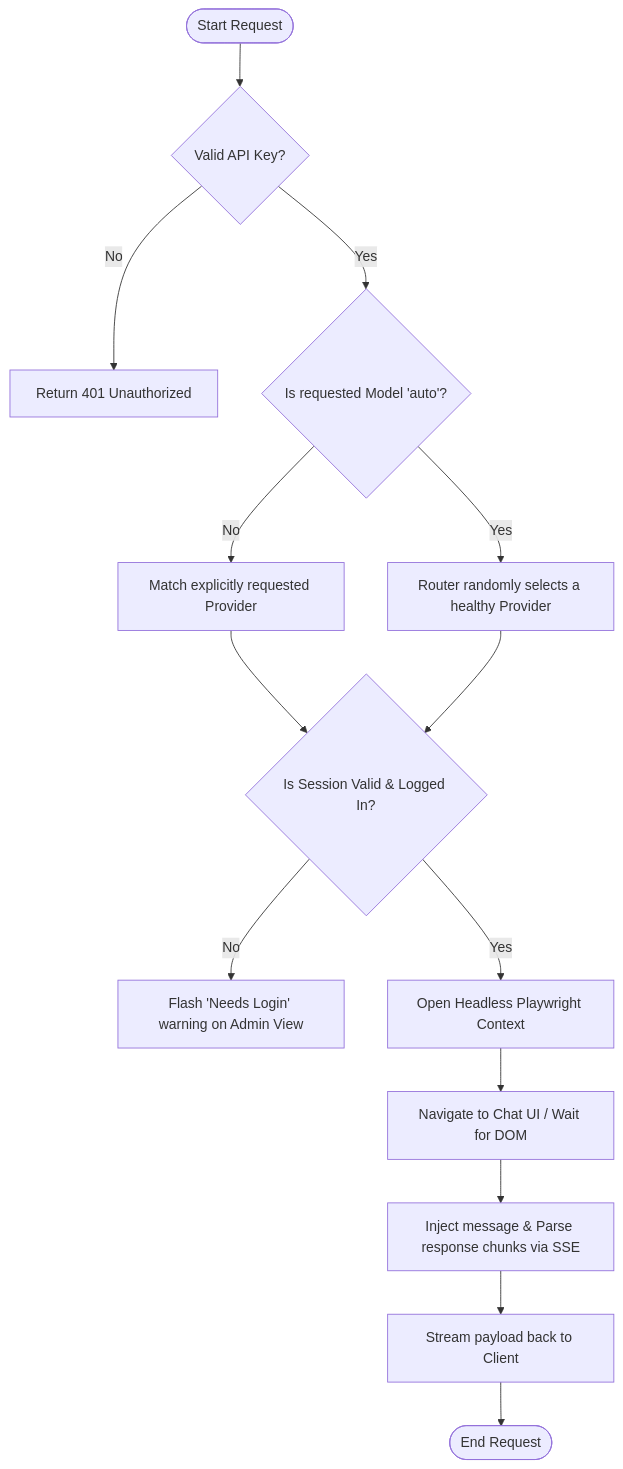
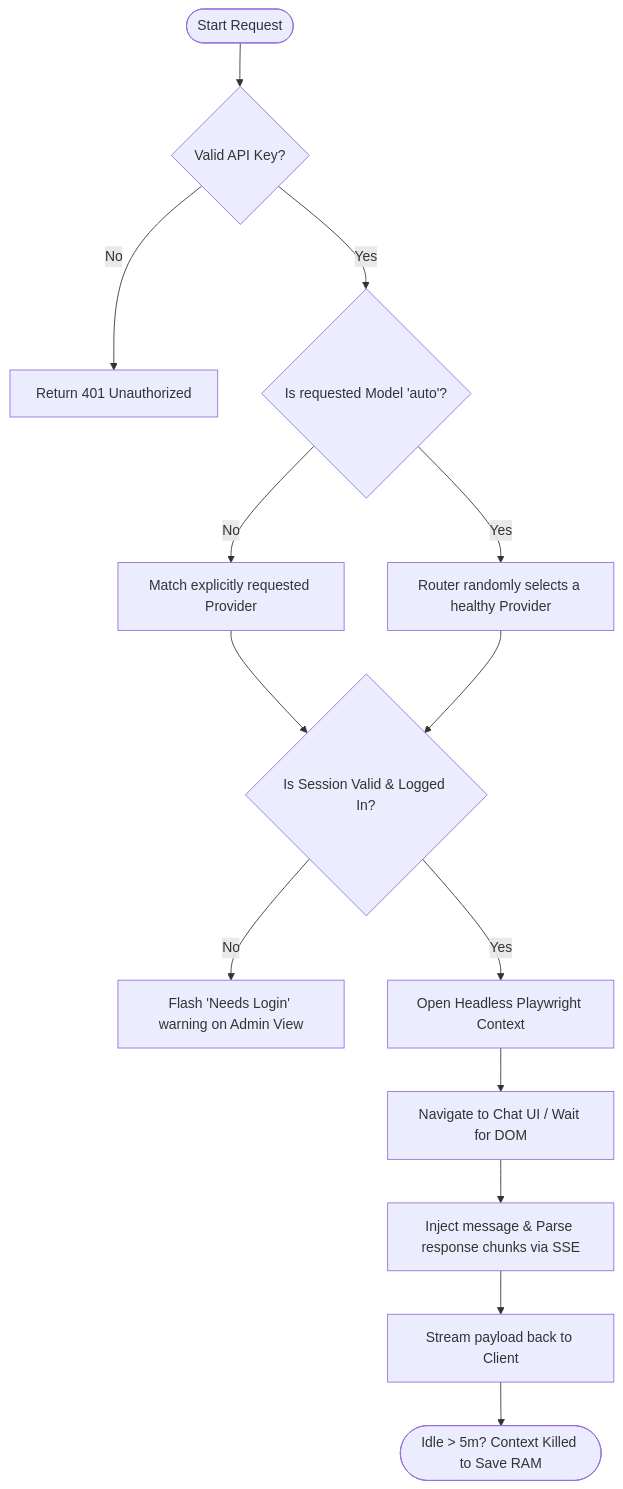
The second of 2 diagrams in README.md (4lph4-dvlp/proXiPT), drawn with Mermaid before and after one commit. The commit also changed other lines of this file and 1 other file, not shown here.

````diff
--- a/README.md
+++ b/README.md
@@ -84,16 +84,16 @@
 ```mermaid
 flowchart TD
     A([Start Request]) --> B{"Valid API Key?"}
     B -- No --> C["Return 401 Unauthorized"]
     B -- Yes --> D{"Is requested Model 'auto'?"}
     D -- Yes --> E["Router randomly selects a healthy Provider"]
     D -- No --> F["Match explicitly requested Provider"]
     F --> G{"Is Session Valid & Logged In?"}
     E --> G
     G -- No --> H["Flash 'Needs Login' warning on Admin View"]
     G -- Yes --> I["Open Headless Playwright Context"]
     I --> J["Navigate to Chat UI / Wait for DOM"]
     J --> K["Inject message & Parse response chunks via SSE"]
     K --> L["Stream payload back to Client"]
-    L --> M([End Request])
+    L --> M([Idle > 5m? Context Killed to Save RAM])
 ```
````
